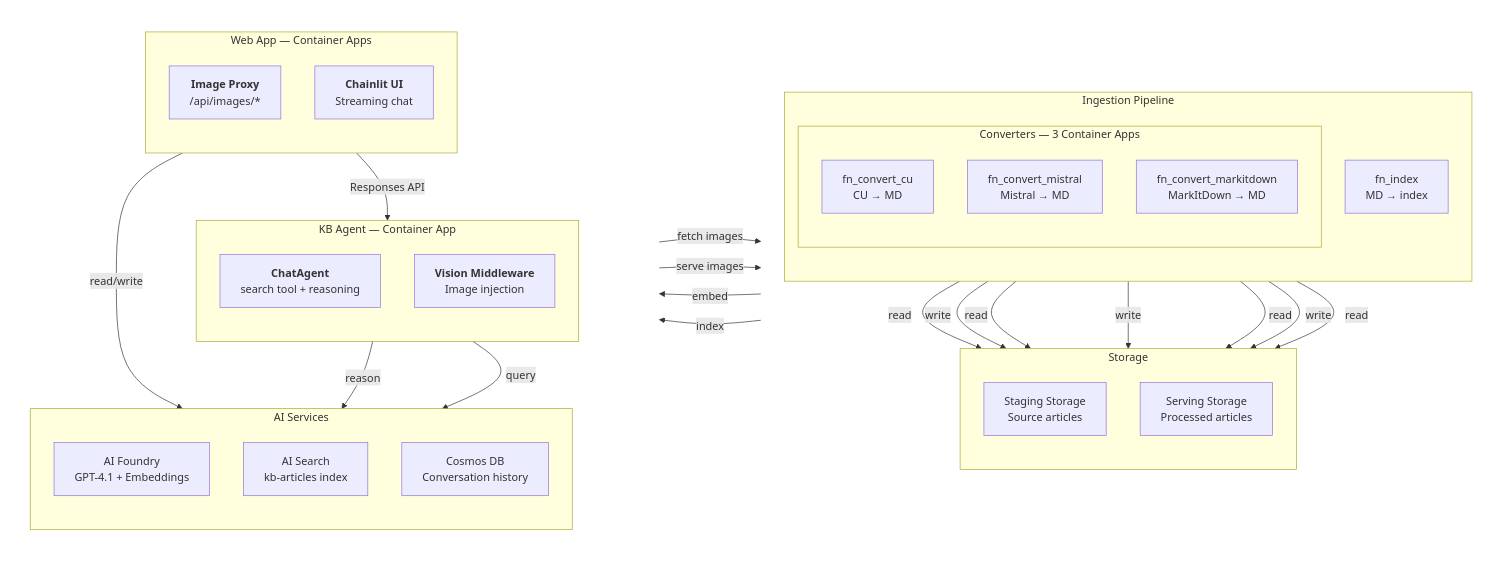
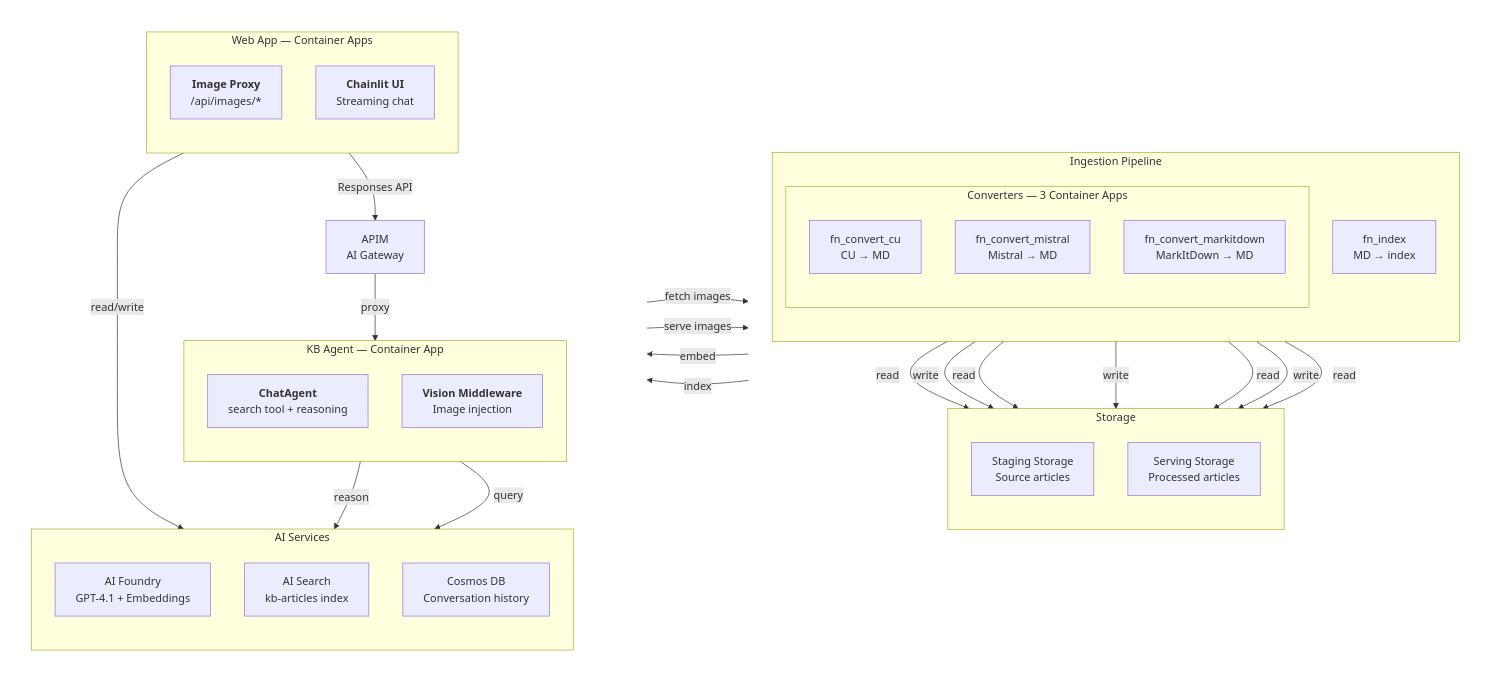
The second of 3 diagrams in docs/specs/architecture.md (aldelar/azure-knowledge-base-ingestion), drawn with Mermaid before and after one commit. The commit also changed other lines of this file and 23 other files, not shown here.

Commit message:
epic 009 extension - switch agent auth to JWT, use of APIM for agent serving / agent integration in Foundry via 'Register Agent'

````diff
--- a/docs/specs/architecture.md
+++ b/docs/specs/architecture.md
@@ -73,62 +73,64 @@
 ```mermaid
 flowchart LR
     subgraph left[" "]
         direction TB
         subgraph Pipeline["Ingestion Pipeline"]
             direction TB
             subgraph Converters["Converters — 3 Container Apps"]
                 CVT_CU["fn_convert_cu<br/>CU → MD"]
                 CVT_MIS["fn_convert_mistral<br/>Mistral → MD"]
                 CVT_MIT["fn_convert_markitdown<br/>MarkItDown → MD"]
             end
             IDX["fn_index<br/>MD → index"]
         end
         subgraph Sources["Storage"]
             direction TB
             SA1["Staging Storage<br/>Source articles"]
             SA2["Serving Storage<br/>Processed articles"]
         end
     end
 
     subgraph right[" "]
         direction TB
         subgraph Center["AI Services"]
             direction TB
             AF["AI Foundry<br/>GPT-4.1 + Embeddings"]
             AIS["AI Search<br/>kb-articles index"]
             COSMOS["Cosmos DB<br/>Conversation history"]
         end
         subgraph AgentSvc["KB Agent — Container App"]
             direction TB
             AGENT["<b>ChatAgent</b><br/>search tool + reasoning"]
             VIS["<b>Vision Middleware</b><br/>Image injection"]
         end
+        APIM["APIM<br/>AI Gateway"]
         subgraph WebApp["Web App — Container Apps"]
             direction TB
             PROXY["<b>Image Proxy</b><br/>/api/images/*"]
             CHAT["<b>Chainlit UI</b><br/>Streaming chat"]
         end
     end
 
     CVT_CU -->|read| SA1
     CVT_CU -->|write| SA2
     CVT_MIS -->|read| SA1
     CVT_MIS -->|write| SA2
     CVT_MIT -->|read| SA1
     CVT_MIT -->|write| SA2
     IDX -->|read| SA2
 
     IDX -->|embed| AF
     IDX -->|index| AIS
 
     AGENT -->|reason| AF
     AGENT -->|query| AIS
     VIS -->|fetch images| SA2
 
-    CHAT -->|Responses API| AGENT
+    CHAT -->|Responses API| APIM
+    APIM -->|proxy| AGENT
     CHAT -->|read/write| COSMOS
     PROXY -->|serve images| SA2
 
     classDef invisible fill:none,stroke:none;
     class left,right invisible;
 ```
````
